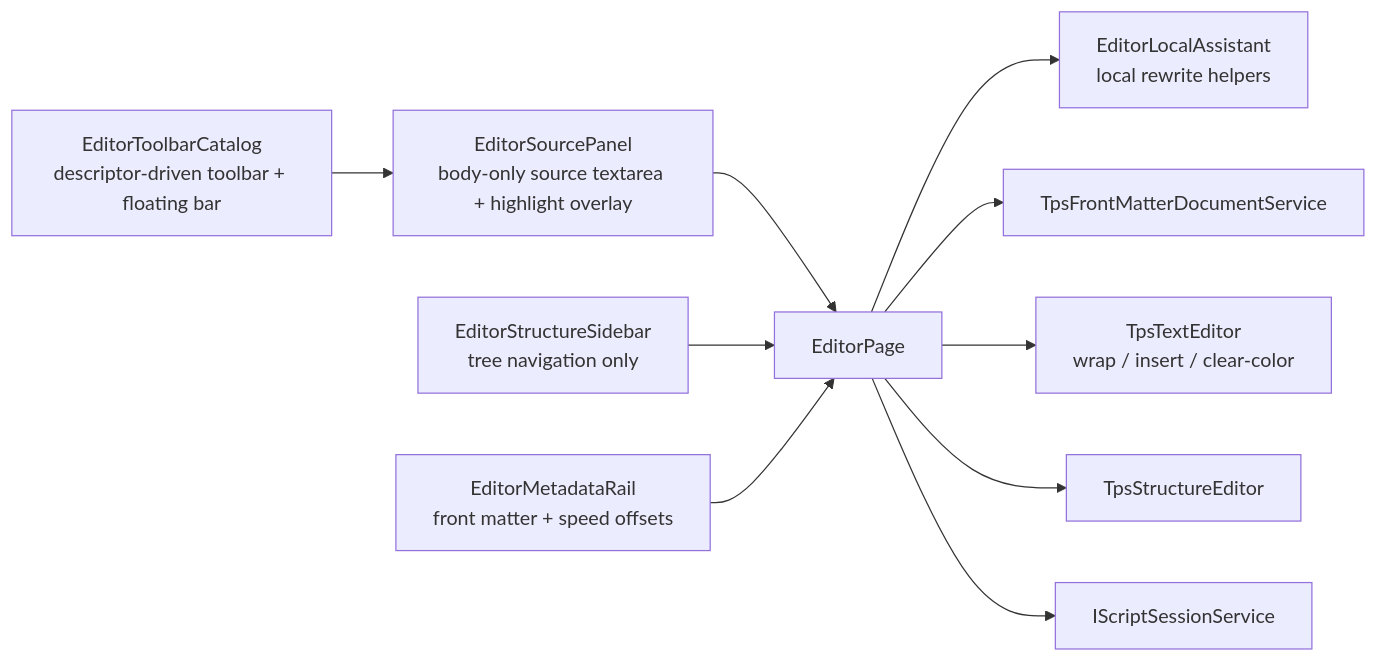
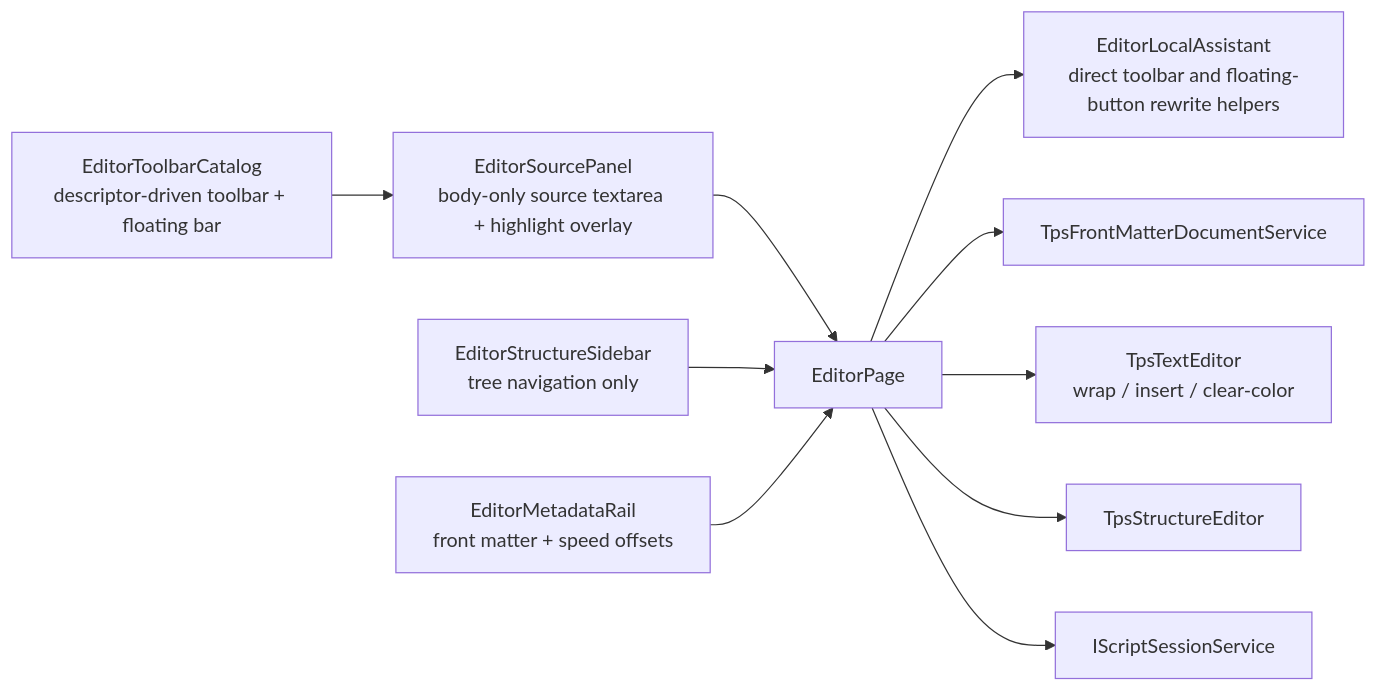
Before and after one commit to managedcode/PrompterOne: the fourth of 11 diagrams in docs/Architecture.md, drawn with Mermaid. The commit also changed other lines of this file and 153 other files, not shown here.

````diff
--- a/docs/Architecture.md
+++ b/docs/Architecture.md
@@ -82,23 +87,23 @@
 ```mermaid
 flowchart LR
     SourcePanel["EditorSourcePanel<br/>body-only source textarea + highlight overlay"]
     ToolbarCatalog["EditorToolbarCatalog<br/>descriptor-driven toolbar + floating bar"]
     StructureSidebar["EditorStructureSidebar<br/>tree navigation only"]
     MetadataRail["EditorMetadataRail<br/>front matter + speed offsets"]
-    LocalAi["EditorLocalAssistant<br/>local rewrite helpers"]
+    LocalAi["EditorLocalAssistant<br/>direct toolbar and floating-button rewrite helpers"]
     Page["EditorPage"]
     FrontMatter["TpsFrontMatterDocumentService"]
     TextEditor["TpsTextEditor<br/>wrap / insert / clear-color"]
     StructureEditor["TpsStructureEditor"]
     Session["IScriptSessionService"]
 
     ToolbarCatalog --> SourcePanel
     SourcePanel --> Page
     StructureSidebar --> Page
     MetadataRail --> Page
     Page --> LocalAi
     Page --> FrontMatter
     Page --> TextEditor
     Page --> StructureEditor
     Page --> Session
 ```
````
